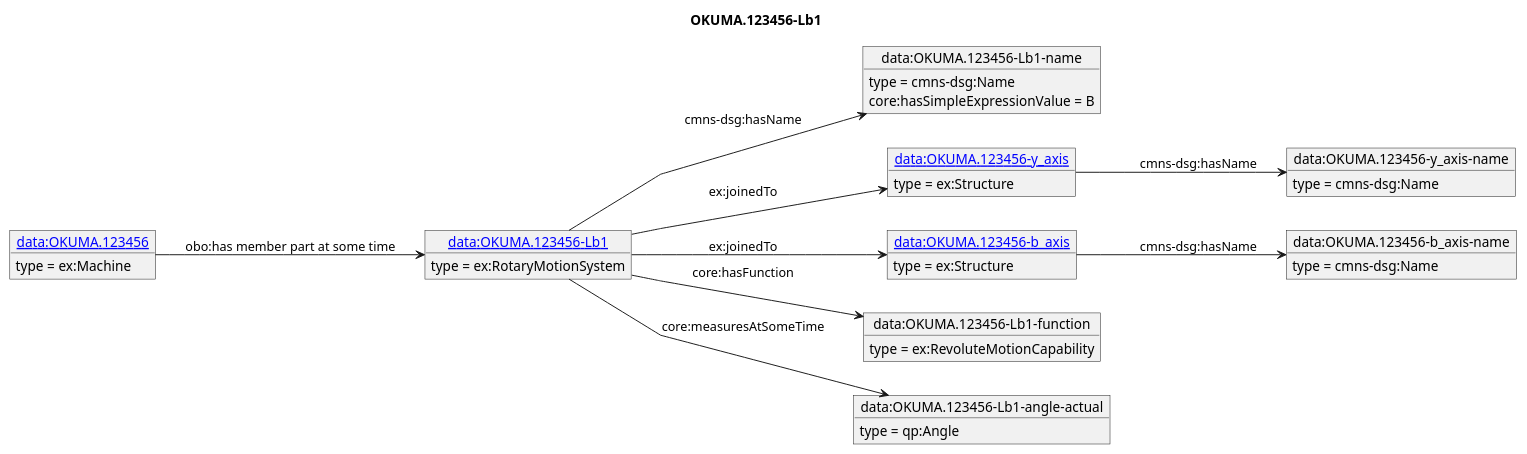
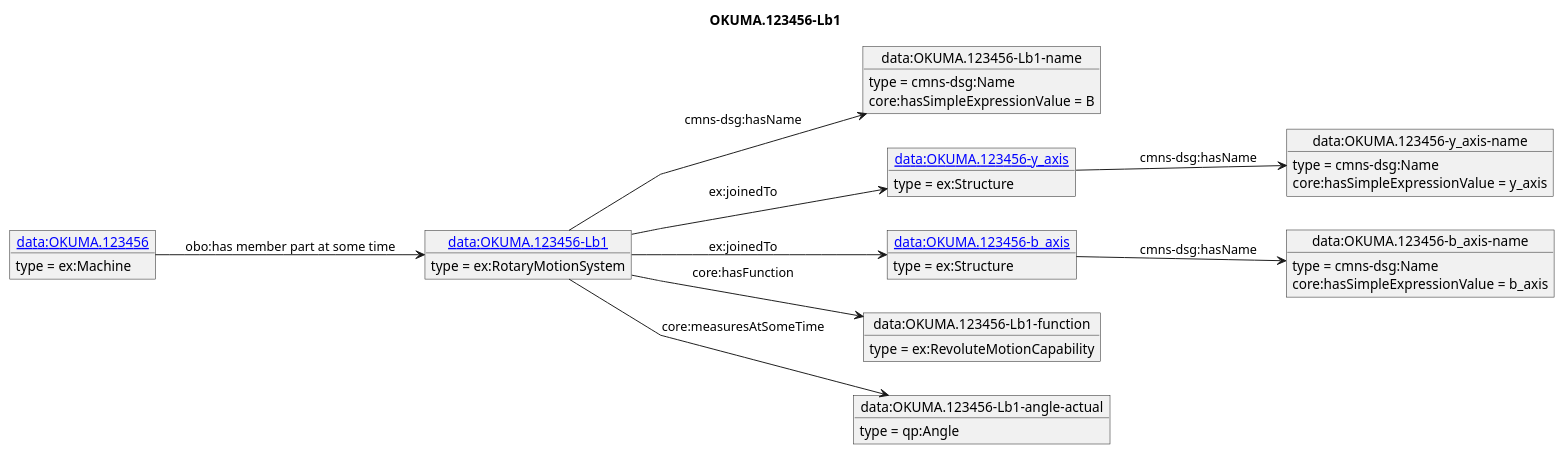
One commit to iofoundry/example-syseng-mtconnect changed the diagram in diagrams/OKUMA.123456-Lb1.puml. Above: the diagram before and after it, drawn with PlantUML. The commit also changed 36 other files, not shown here.

```diff
--- a/diagrams/OKUMA.123456-Lb1.puml
+++ b/diagrams/OKUMA.123456-Lb1.puml
@@ -1,41 +1,43 @@
 @startuml
 skinparam linetype polyline
 left to right direction
 title OKUMA.123456-Lb1
 object "[[./OKUMA.123456-Lb1.html data:OKUMA.123456-Lb1]]" as o1 {
  type = ex:RotaryMotionSystem
  }
 object "data:OKUMA.123456-Lb1-name" as o2 {
  type = cmns-dsg:Name
  }
 object "[[./OKUMA.123456-y_axis.html data:OKUMA.123456-y_axis]]" as o3 {
  type = ex:Structure
  }
 object "data:OKUMA.123456-y_axis-name" as o4 {
  type = cmns-dsg:Name
  }
 object "[[./OKUMA.123456-b_axis.html data:OKUMA.123456-b_axis]]" as o5 {
  type = ex:Structure
  }
 object "data:OKUMA.123456-b_axis-name" as o6 {
  type = cmns-dsg:Name
  }
 object "data:OKUMA.123456-Lb1-function" as o7 {
  type = ex:RevoluteMotionCapability
  }
 object "data:OKUMA.123456-Lb1-angle-actual" as o8 {
  type = qp:Angle
  }
 object "[[./OKUMA.123456.html data:OKUMA.123456]]" as o9 {
  type = ex:Machine
  }
 o1 --> o2 : cmns-dsg:hasName
 o2 : core:hasSimpleExpressionValue = B
 o1 --> o3 : ex:joinedTo
 o3 --> o4 : cmns-dsg:hasName
+o4 : core:hasSimpleExpressionValue = y_axis
 o1 --> o5 : ex:joinedTo
 o5 --> o6 : cmns-dsg:hasName
+o6 : core:hasSimpleExpressionValue = b_axis
 o1 --> o7 : core:hasFunction
 o1 --> o8 : core:measuresAtSomeTime
 o9 --> o1 : obo:has member part at some time
 @enduml
```
